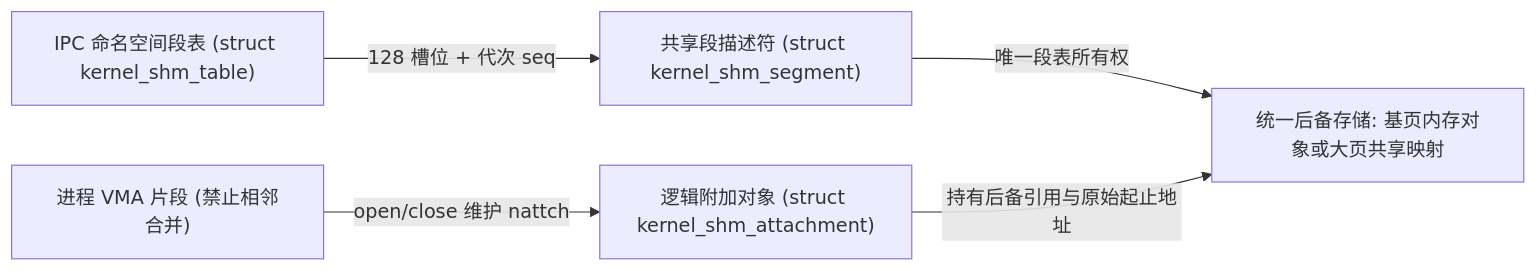
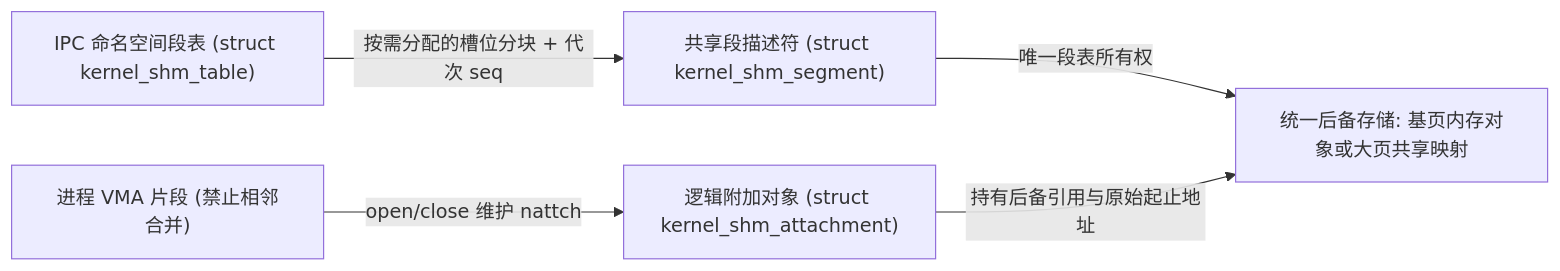
The diagram in docs/modules/sysv-shm.md (Freefor100/BoarOS), drawn with Mermaid before and after one commit. The commit also changed other lines of this file and 53 other files, not shown here.

````diff
--- a/docs/modules/sysv-shm.md
+++ b/docs/modules/sysv-shm.md
@@ -23,13 +23,13 @@
 ```mermaid
 flowchart LR
     NSTable["IPC 命名空间段表 (struct kernel_shm_table)"]
     Seg["共享段描述符 (struct kernel_shm_segment)"]
     Backing["统一后备存储: 基页内存对象或大页共享映射"]
     Attach["逻辑附加对象 (struct kernel_shm_attachment)"]
     VMA["进程 VMA 片段 (禁止相邻合并)"]
 
-    NSTable -- "128 槽位 + 代次 seq" --> Seg
+    NSTable -- "按需分配的槽位分块 + 代次 seq" --> Seg
     Seg -- "唯一段表所有权" --> Backing
     Attach -- "持有后备引用与原始起止地址" --> Backing
     VMA -- "open/close 维护 nattch" --> Attach
 ```
````
